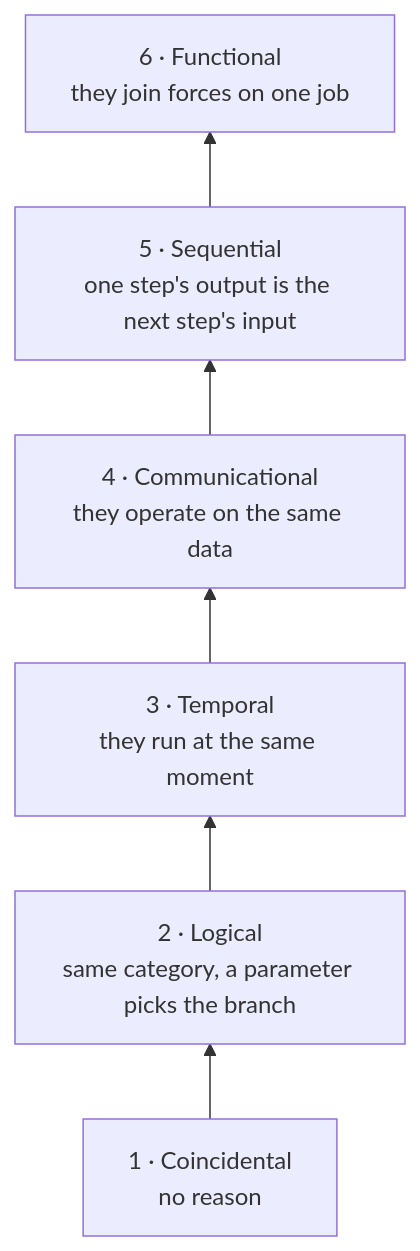
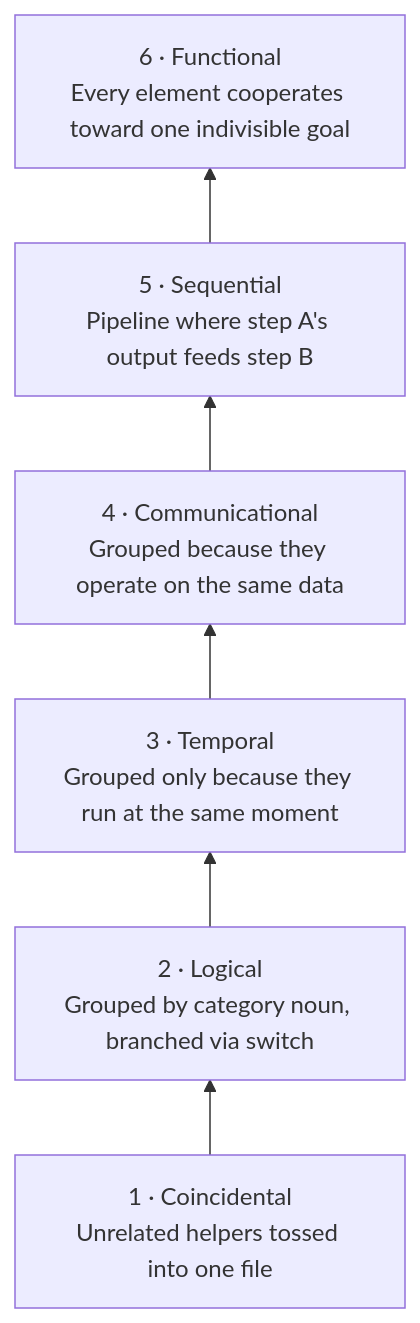
The first of 2 diagrams in src/content/notes/en/what-belongs-in-one-module.md (ffzz/blog), drawn with Mermaid before and after one commit. The commit also changed other lines of this file and 16 other files, not shown here.

````diff
--- a/src/content/notes/en/what-belongs-in-one-module.md
+++ b/src/content/notes/en/what-belongs-in-one-module.md
@@ -57,8 +167,8 @@
 ```mermaid
 flowchart BT
-    C1["1 · Coincidental<br/>no reason"] --> C2["2 · Logical<br/>same category, a parameter picks the branch"]
-    C2 --> C3["3 · Temporal<br/>they run at the same moment"]
-    C3 --> C4["4 · Communicational<br/>they operate on the same data"]
-    C4 --> C5["5 · Sequential<br/>one step's output is the next step's input"]
-    C5 --> C6["6 · Functional<br/>they join forces on one job"]
+    C1["1 · Coincidental<br/>Unrelated helpers tossed into one file"] --> C2["2 · Logical<br/>Grouped by category noun, branched via switch"]
+    C2 --> C3["3 · Temporal<br/>Grouped only because they run at the same moment"]
+    C3 --> C4["4 · Communicational<br/>Grouped because they operate on the same data"]
+    C4 --> C5["5 · Sequential<br/>Pipeline where step A's output feeds step B"]
+    C5 --> C6["6 · Functional<br/>Every element cooperates toward one indivisible goal"]
 ```
````
